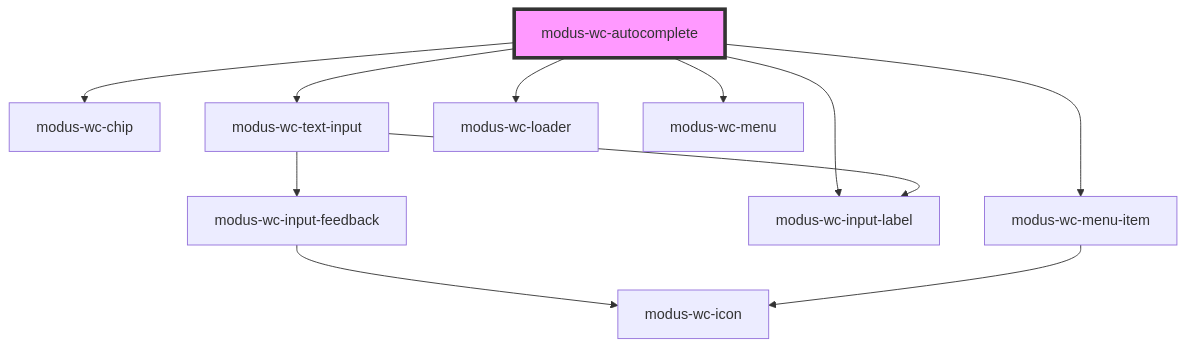
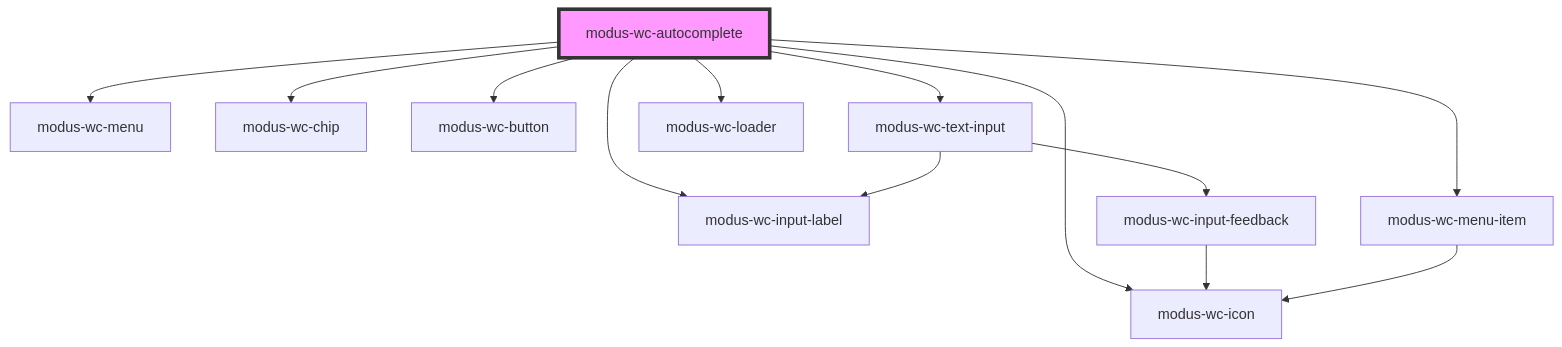
One commit to trimble-oss/modus-wc-2.0 changed the diagram in src/components/modus-wc-autocomplete/readme.md. Above: the diagram before and after it, drawn with Mermaid. The commit also changed other lines of this file and 13 other files, not shown here.

````diff
--- a/src/components/modus-wc-autocomplete/readme.md
+++ b/src/components/modus-wc-autocomplete/readme.md
@@ -63,14 +141,16 @@
 ```mermaid
 graph TD;
+  modus-wc-autocomplete --> modus-wc-input-label
+  modus-wc-autocomplete --> modus-wc-menu
   modus-wc-autocomplete --> modus-wc-chip
+  modus-wc-autocomplete --> modus-wc-button
+  modus-wc-autocomplete --> modus-wc-icon
   modus-wc-autocomplete --> modus-wc-text-input
   modus-wc-autocomplete --> modus-wc-loader
   modus-wc-autocomplete --> modus-wc-menu-item
-  modus-wc-autocomplete --> modus-wc-input-label
-  modus-wc-autocomplete --> modus-wc-menu
   modus-wc-text-input --> modus-wc-input-label
   modus-wc-text-input --> modus-wc-input-feedback
   modus-wc-input-feedback --> modus-wc-icon
   modus-wc-menu-item --> modus-wc-icon
   style modus-wc-autocomplete fill:#f9f,stroke:#333,stroke-width:4px
 ```
````
